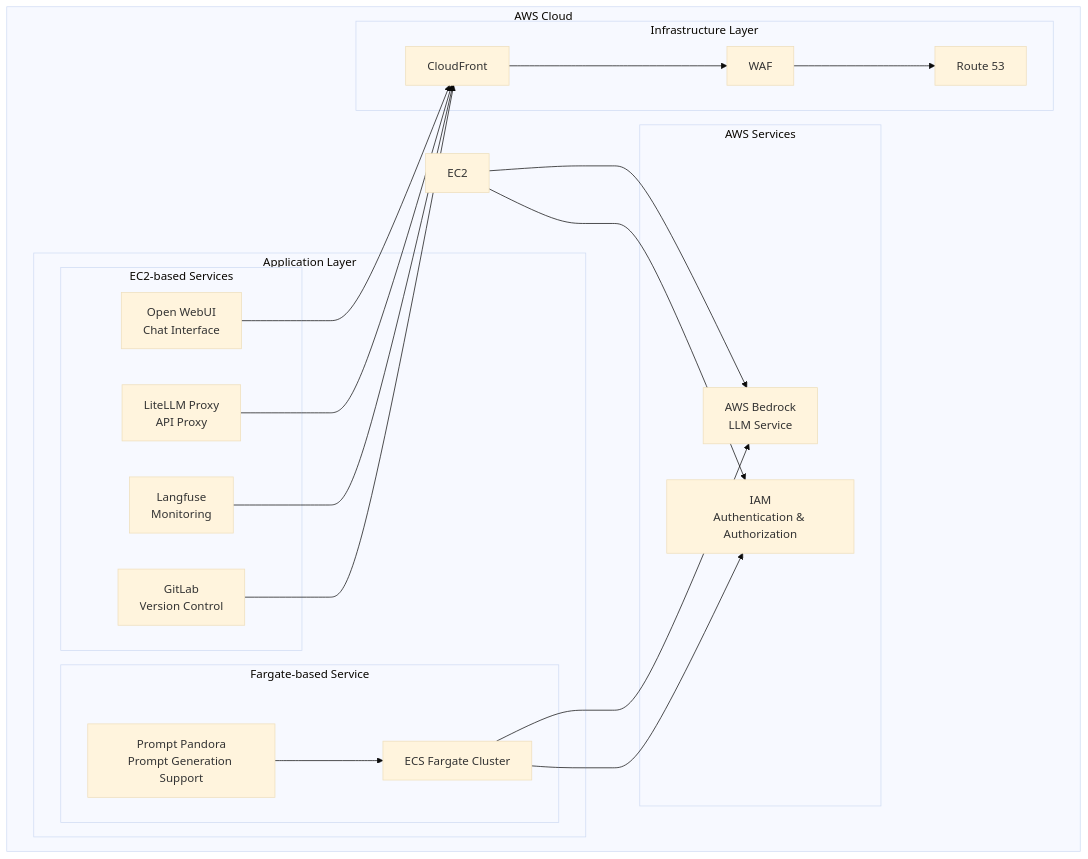
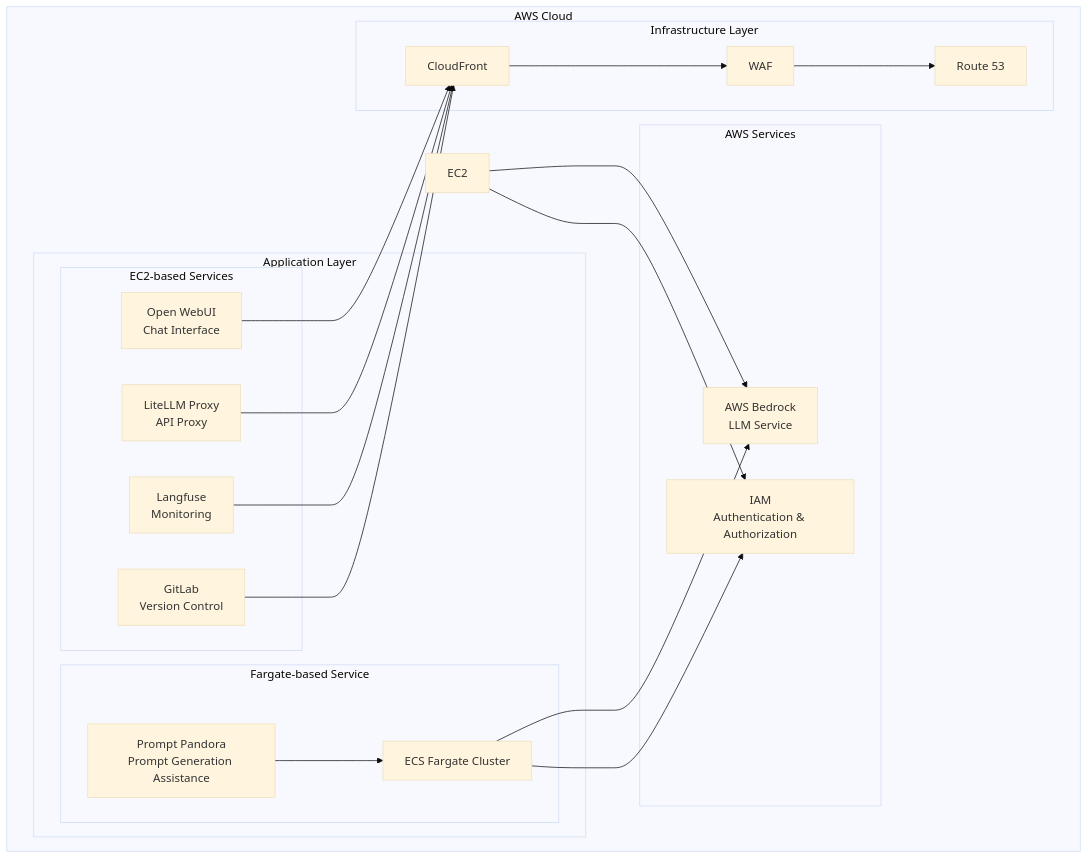
Before and after one commit to Sunwood-ai-labs/AMATERASU: the diagram in docs/README.en.md, drawn with Mermaid (base theme). The commit also changed other lines of this file, not shown here.

````diff
--- a/docs/README.en.md
+++ b/docs/README.en.md
@@ -48,43 +48,43 @@
 ```mermaid
 graph TB
     subgraph "AWS Cloud"
         subgraph "Application Layer"
             subgraph "EC2-based Services"
                 OW["Open WebUI<br/>Chat Interface"]
                 LL["LiteLLM Proxy<br/>API Proxy"]
                 LF["Langfuse<br/>Monitoring"]
                 GL["GitLab<br/>Version Control"]
             end
             
             subgraph "Fargate-based Service"
-                PP["Prompt Pandora<br/>Prompt Generation Support"]
+                PP["Prompt Pandora<br/>Prompt Generation Assistance"]
                 ECS["ECS Fargate Cluster"]
             end
         end
         
         subgraph "Infrastructure Layer"
             CF["CloudFront"]
             WAF["WAF"]
             R53["Route 53"]
         end
         
         subgraph "AWS Services"
             Bedrock["AWS Bedrock<br/>LLM Service"]
             IAM["IAM<br/>Authentication & Authorization"]
         end
         
         OW --> CF
         LL --> CF
         LF --> CF
         GL --> CF
         PP --> ECS
         
         CF --> WAF
         WAF --> R53
         
         EC2 --> Bedrock
         ECS --> Bedrock
         EC2 --> IAM
         ECS --> IAM
     end
 ```
````
